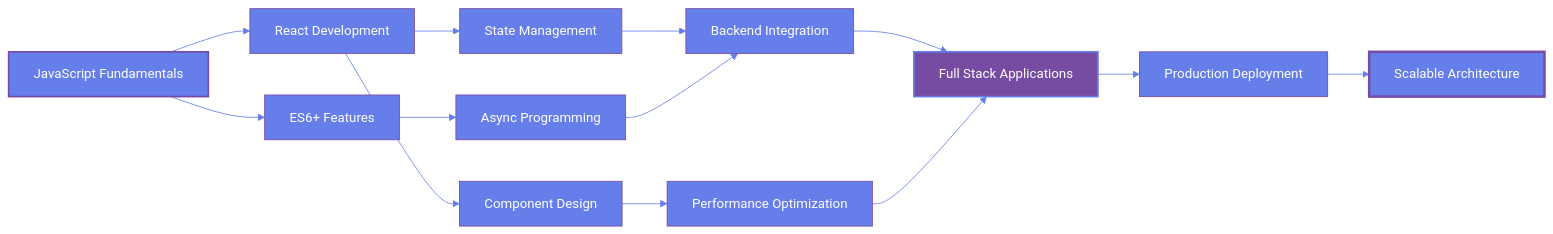
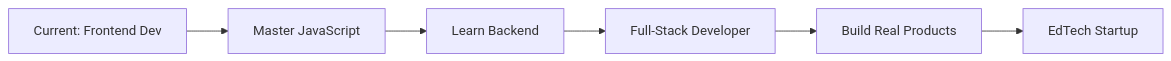
The diagram in README.md (RakeshSenpai/RakeshSenpai), drawn with Mermaid before and after one commit. The commit also changed other lines of this file, not shown here.

````diff
--- a/README.md
+++ b/README.md
@@ -287,23 +108,8 @@
 ```mermaid
-%%{init: {'theme':'base', 'themeVariables': {'primaryColor':'#667eea','primaryTextColor':'#fff','primaryBorderColor':'#764ba2','lineColor':'#667eea','secondaryColor':'#764ba2','tertiaryColor':'#0d1117','fontSize':'16px'}}}%%
-
 graph LR
-    A[JavaScript Fundamentals] --> B[React Development]
-    B --> C[State Management]
-    C --> D[Backend Integration]
-    D --> E[Full Stack Applications]
-    E --> F[Production Deployment]
-    F --> G[Scalable Architecture]
-    
-    A --> H[ES6+ Features]
-    H --> I[Async Programming]
-    I --> D
-    
-    B --> J[Component Design]
-    J --> K[Performance Optimization]
-    K --> E
-    
-    style A fill:#667eea,stroke:#764ba2,stroke-width:2px
-    style E fill:#764ba2,stroke:#667eea,stroke-width:2px
-    style G fill:#667eea,stroke:#764ba2,stroke-width:3px
+    A[Current: Frontend Dev] --> B[Master JavaScript]
+    B --> C[Learn Backend]
+    C --> D[Full-Stack Developer]
+    D --> E[Build Real Products]
+    E --> F[EdTech Startup]
 ```
````
